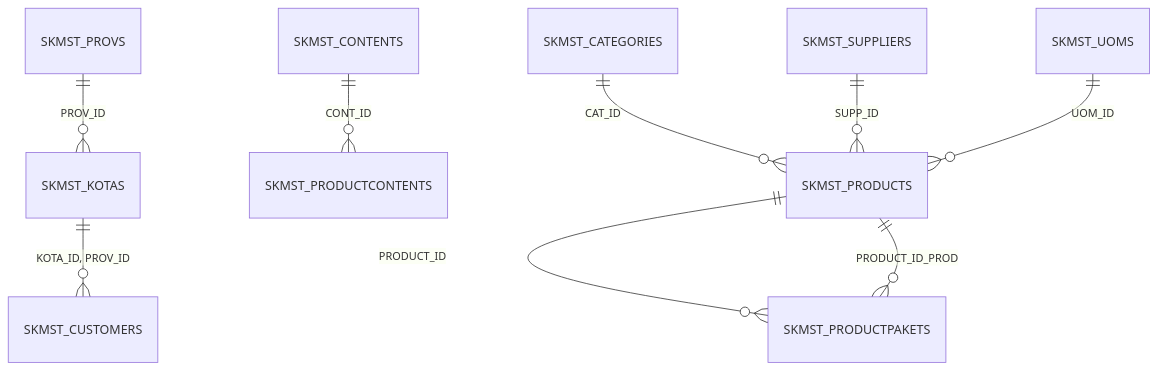
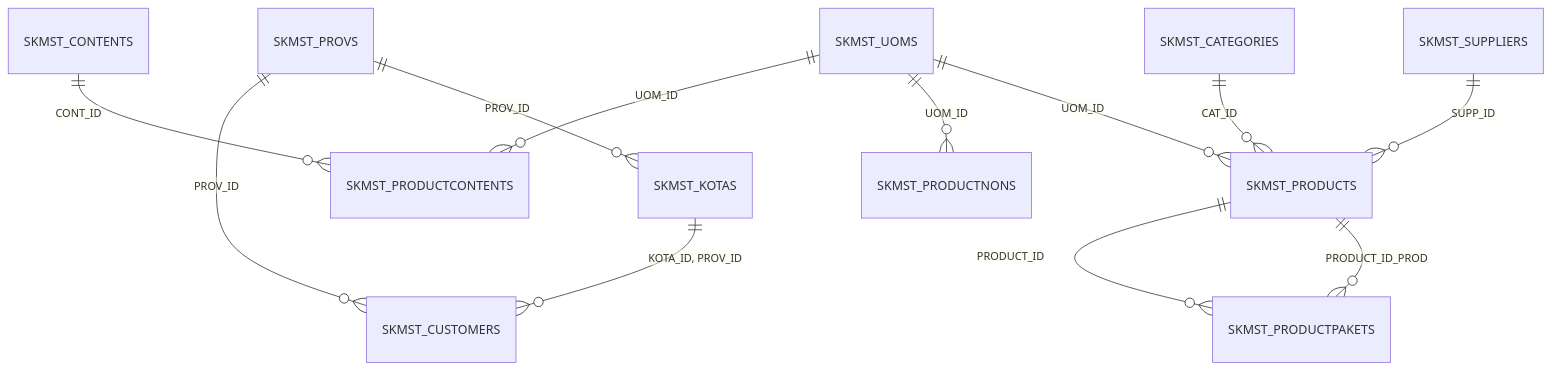
Before and after one commit to aturapi-data-tech/siklik-php82: the eighth of 11 diagrams in docs/struktur-tabel.md, drawn with Mermaid. The commit also changed other lines of this file and 10 other files, not shown here.

````diff
--- a/docs/struktur-tabel.md
+++ b/docs/struktur-tabel.md
@@ -574,11 +612,14 @@
 ```mermaid
 erDiagram
     SKMST_KOTAS ||--o{ SKMST_CUSTOMERS : "KOTA_ID, PROV_ID"
+    SKMST_PROVS ||--o{ SKMST_CUSTOMERS : "PROV_ID"
     SKMST_PROVS ||--o{ SKMST_KOTAS : "PROV_ID"
     SKMST_CONTENTS ||--o{ SKMST_PRODUCTCONTENTS : "CONT_ID"
+    SKMST_UOMS ||--o{ SKMST_PRODUCTCONTENTS : "UOM_ID"
+    SKMST_UOMS ||--o{ SKMST_PRODUCTNONS : "UOM_ID"
     SKMST_PRODUCTS ||--o{ SKMST_PRODUCTPAKETS : "PRODUCT_ID"
     SKMST_PRODUCTS ||--o{ SKMST_PRODUCTPAKETS : "PRODUCT_ID_PROD"
     SKMST_CATEGORIES ||--o{ SKMST_PRODUCTS : "CAT_ID"
     SKMST_SUPPLIERS ||--o{ SKMST_PRODUCTS : "SUPP_ID"
     SKMST_UOMS ||--o{ SKMST_PRODUCTS : "UOM_ID"
 ```
````
